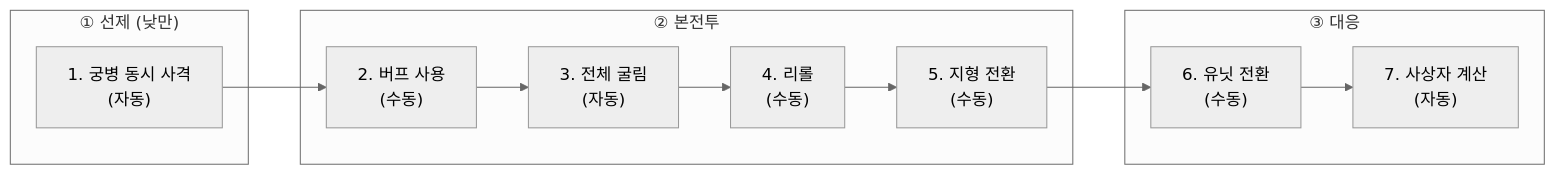
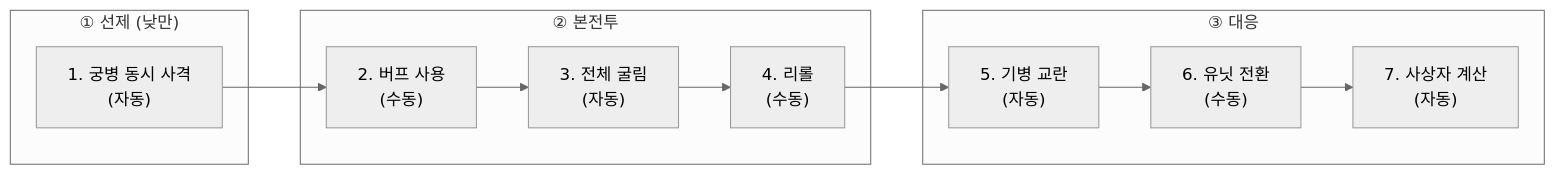
One commit to roam1215-beep/Chronicle-wiki changed the diagram in 02_전투/구조/전투구조.md. Above: the diagram before and after it, drawn with Mermaid (neutral theme). The commit also changed other lines of this file and 18 other files, not shown here.

````diff
--- a/02_전투/구조/전투구조.md
+++ b/02_전투/구조/전투구조.md
@@ -135,14 +151,14 @@
 ```mermaid
 flowchart LR
     subgraph "① 선제 (낮만)"
         S1["1. 궁병 동시 사격\n(자동)"]
     end
     subgraph "② 본전투"
-        S2["2. 버프 사용\n(수동)"] --> S3["3. 전체 굴림\n(자동)"] --> S4["4. 리롤\n(수동)"] --> S5["5. 지형 전환\n(수동)"]
+        S2["2. 버프 사용\n(수동)"] --> S3["3. 전체 굴림\n(자동)"] --> S4["4. 리롤\n(수동)"]
     end
     subgraph "③ 대응"
-        S6["6. 유닛 전환\n(수동)"] --> S7["7. 사상자 계산\n(자동)"]
+        S5["5. 기병 교란\n(자동)"] --> S6["6. 유닛 전환\n(수동)"] --> S7["7. 사상자 계산\n(자동)"]
     end
     S1 --> S2
-    S5 --> S6
+    S4 --> S5
 ```
````
